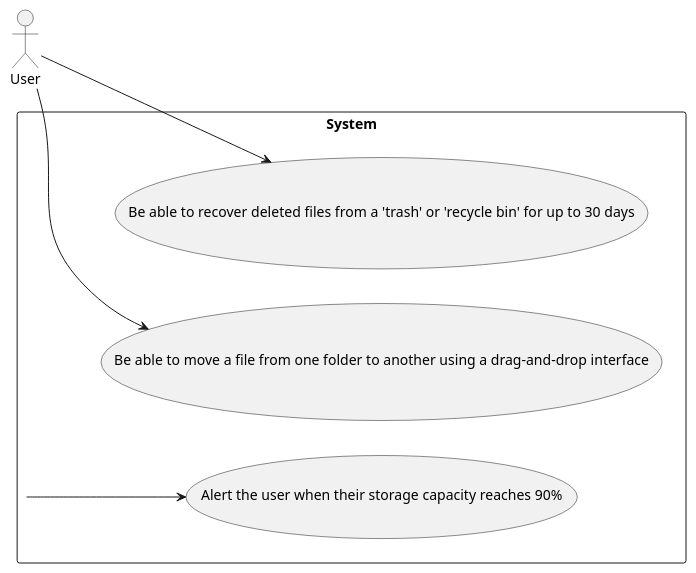
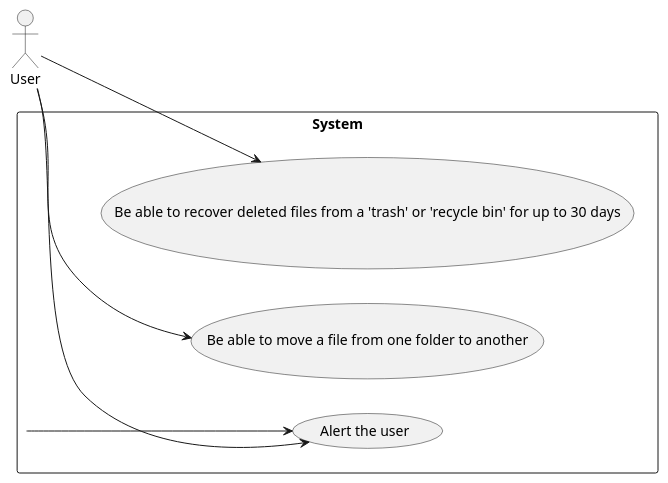
The diagram in user_stories/golden_puml/use_case/use_case_test_Cloud_Storage_Management.puml (qamaruddin-qureshi/fyp-uml-diagram-generator), drawn with PlantUML before and after one commit. The commit also changed 6 other files, not shown here.

First line of the commit message:
fix: refined Use Case diagram extraction logic

```diff
--- a/user_stories/golden_puml/use_case/use_case_test_Cloud_Storage_Management.puml
+++ b/user_stories/golden_puml/use_case/use_case_test_Cloud_Storage_Management.puml
@@ -1,13 +1,14 @@
 @startuml
 left to right direction
 actor "System" as System
 actor "User" as User
 rectangle System {
-usecase "Alert the user when their storage capacity reaches 90%" as Alerttheuserwhentheirstoragecapacityreaches90
-usecase "Be able to move a file from one folder to another using a drag-and-drop interface" as Beabletomoveafilefromonefoldertoanotherusingadraganddropinterface
+usecase "Alert the user" as Alerttheuser
+usecase "Be able to move a file from one folder to another" as Beabletomoveafilefromonefoldertoanother
 usecase "Be able to recover deleted files from a 'trash' or 'recycle bin' for up to 30 days" as Beabletorecoverdeletedfilesfromatrashorrecyclebinforupto30days
 }
-System --> Alerttheuserwhentheirstoragecapacityreaches90
-User --> Beabletomoveafilefromonefoldertoanotherusingadraganddropinterface
+System --> Alerttheuser
+User --> Alerttheuser
+User --> Beabletomoveafilefromonefoldertoanother
 User --> Beabletorecoverdeletedfilesfromatrashorrecyclebinforupto30days
 @enduml
```
